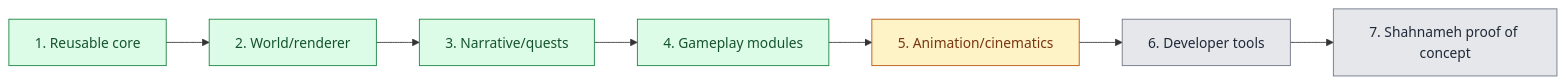
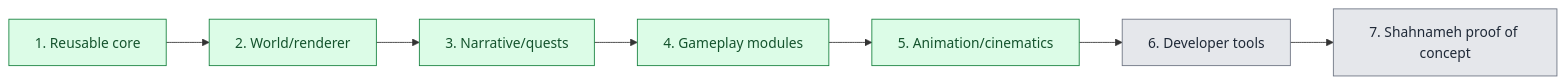
The diagram in README.md (alipilechiha/game-kids-turn-based-rpg), drawn with Mermaid before and after one commit. The commit also changed other lines of this file and 5 other files, not shown here.

````diff
--- a/README.md
+++ b/README.md
@@ -21,10 +21,9 @@
 ```mermaid
 flowchart LR
   P1["1. Reusable core"] --> P2["2. World/renderer"] --> P3["3. Narrative/quests"] --> P4["4. Gameplay modules"] --> P5["5. Animation/cinematics"] --> P6["6. Developer tools"] --> P7["7. Shahnameh proof of concept"]
   classDef complete fill:#dcfce7,stroke:#15803d,color:#14532d
   classDef next fill:#fef3c7,stroke:#b45309,color:#78350f
   classDef planned fill:#e5e7eb,stroke:#6b7280,color:#1f2937
-  class P1,P2,P3,P4 complete
-  class P5 next
+  class P1,P2,P3,P4,P5 complete
   class P6,P7 planned
 ```
````
